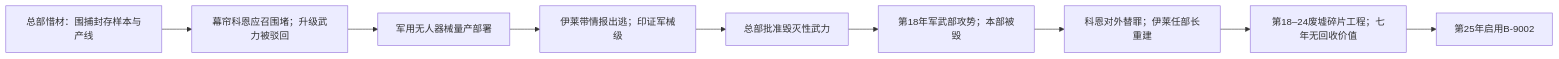
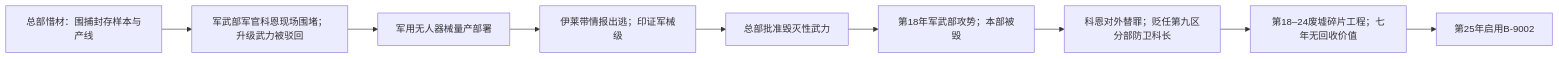
Before and after one commit to Estrella6066773/Shenrenshibu: the diagram in .草稿-编写正文时不许修改/前管理者叙事改版/TIM04-SYS-PREV-前管理者事变后年表与真值分层增补-草稿.md, drawn with Mermaid. The commit also changed other lines of this file and 7 other files, not shown here.

````diff
--- a/.草稿-编写正文时不许修改/前管理者叙事改版/TIM04-SYS-PREV-前管理者事变后年表与真值分层增补-草稿.md
+++ b/.草稿-编写正文时不许修改/前管理者叙事改版/TIM04-SYS-PREV-前管理者事变后年表与真值分层增补-草稿.md
@@ -16,14 +16,14 @@
 ```mermaid
 flowchart LR
   sample["总部惜材：围捕封存样本与产线"]
-  kaelen["幕帘科恩应召围堵；升级武力被驳回"]
+  kaelen["军武部军官科恩现场围堵；升级武力被驳回"]
   drones["军用无人器械量产部署"]
   eli["伊莱带情报出逃；印证军械级"]
   strike["总部批准毁灭性武力"]
   y18["第18年军武部攻势；本部被毁"]
-  scape["科恩对外替罪；伊莱任部长重建"]
+  scape["科恩对外替罪；贬任第九区分部防卫科长"]
   void["第18–24废墟碎片工程；七年无回收价值"]
   b9002["第25年启用B-9002"]
 
   sample --> kaelen --> drones --> eli --> strike --> y18 --> scape --> void --> b9002
 ```
````
